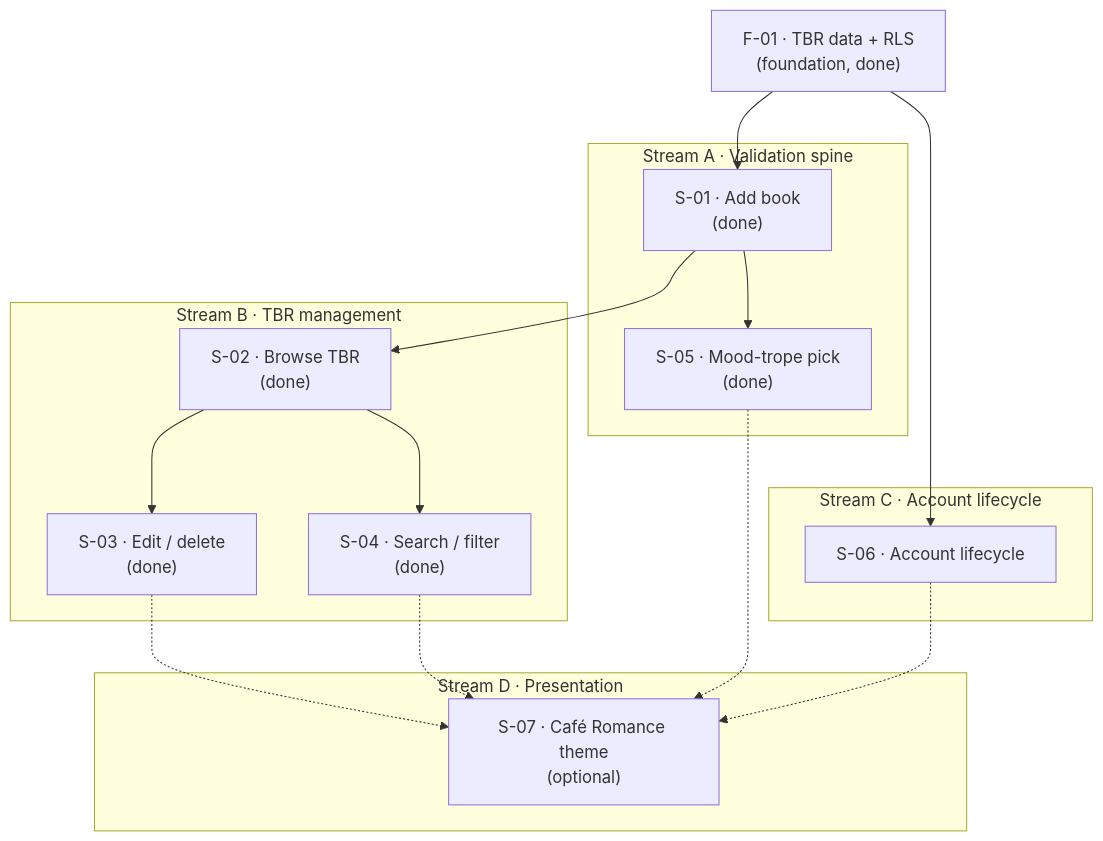
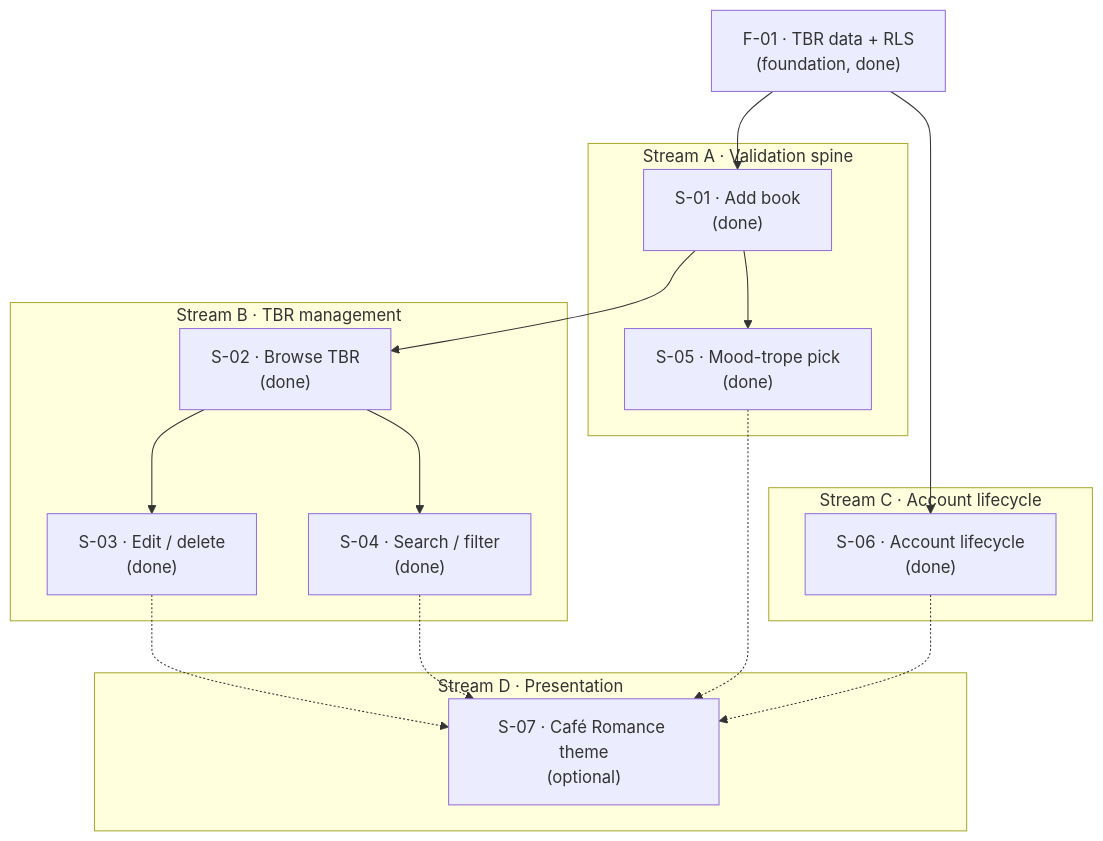
The diagram in context/foundation/roadmap.md (passiflora-nr/smart-tbr), drawn with Mermaid before and after one commit. The commit also changed other lines of this file and 9 other files, not shown here.

````diff
--- a/context/foundation/roadmap.md
+++ b/context/foundation/roadmap.md
@@ -60,34 +60,34 @@
 ```mermaid
 flowchart TB
   F01["F-01 · TBR data + RLS<br/>(foundation, done)"]
 
   subgraph A["Stream A · Validation spine"]
     S01["S-01 · Add book<br/>(done)"]
     S05["S-05 · Mood-trope pick<br/>(done)"]
   end
 
   subgraph B["Stream B · TBR management"]
     S02["S-02 · Browse TBR<br/>(done)"]
     S03["S-03 · Edit / delete<br/>(done)"]
     S04["S-04 · Search / filter<br/>(done)"]
   end
 
   subgraph C["Stream C · Account lifecycle"]
-    S06["S-06 · Account lifecycle"]
+    S06["S-06 · Account lifecycle<br/>(done)"]
   end
 
   subgraph D["Stream D · Presentation"]
     S07["S-07 · Café Romance theme<br/>(optional)"]
   end
 
   F01 --> S01
   F01 --> S06
   S01 --> S05
   S01 --> S02
   S02 --> S03
   S02 --> S04
   S03 -.-> S07
   S04 -.-> S07
   S05 -.-> S07
   S06 -.-> S07
 ```
````
